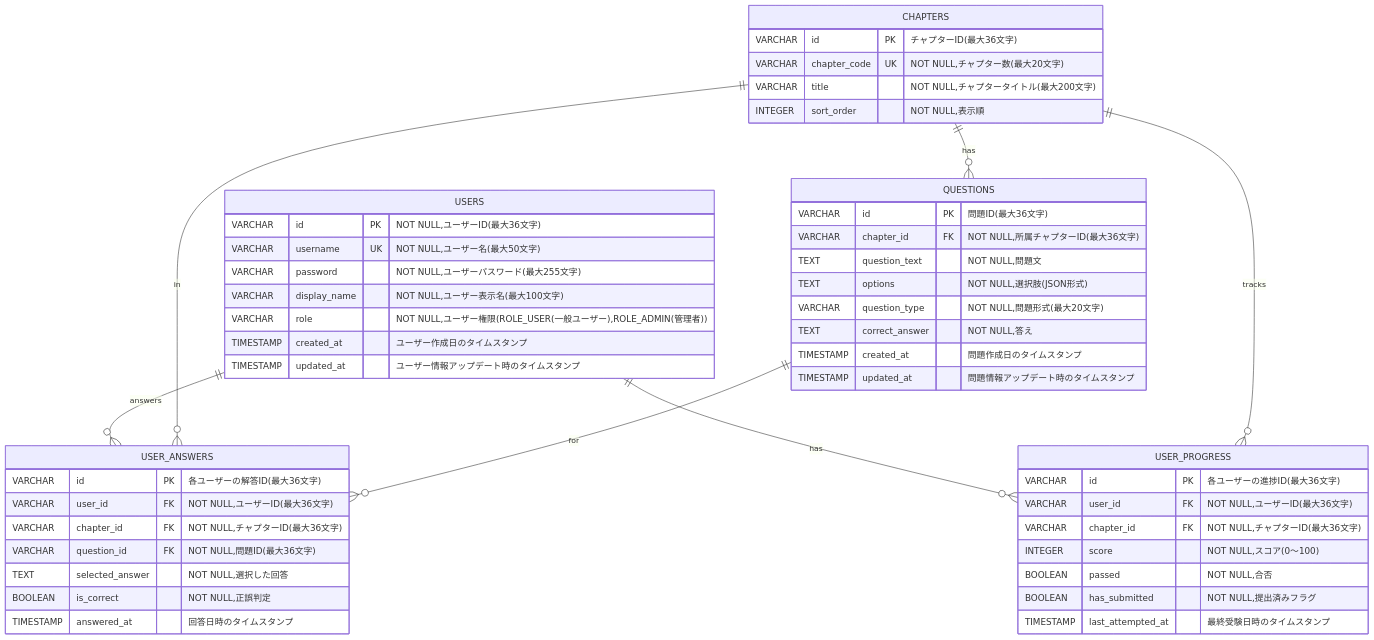
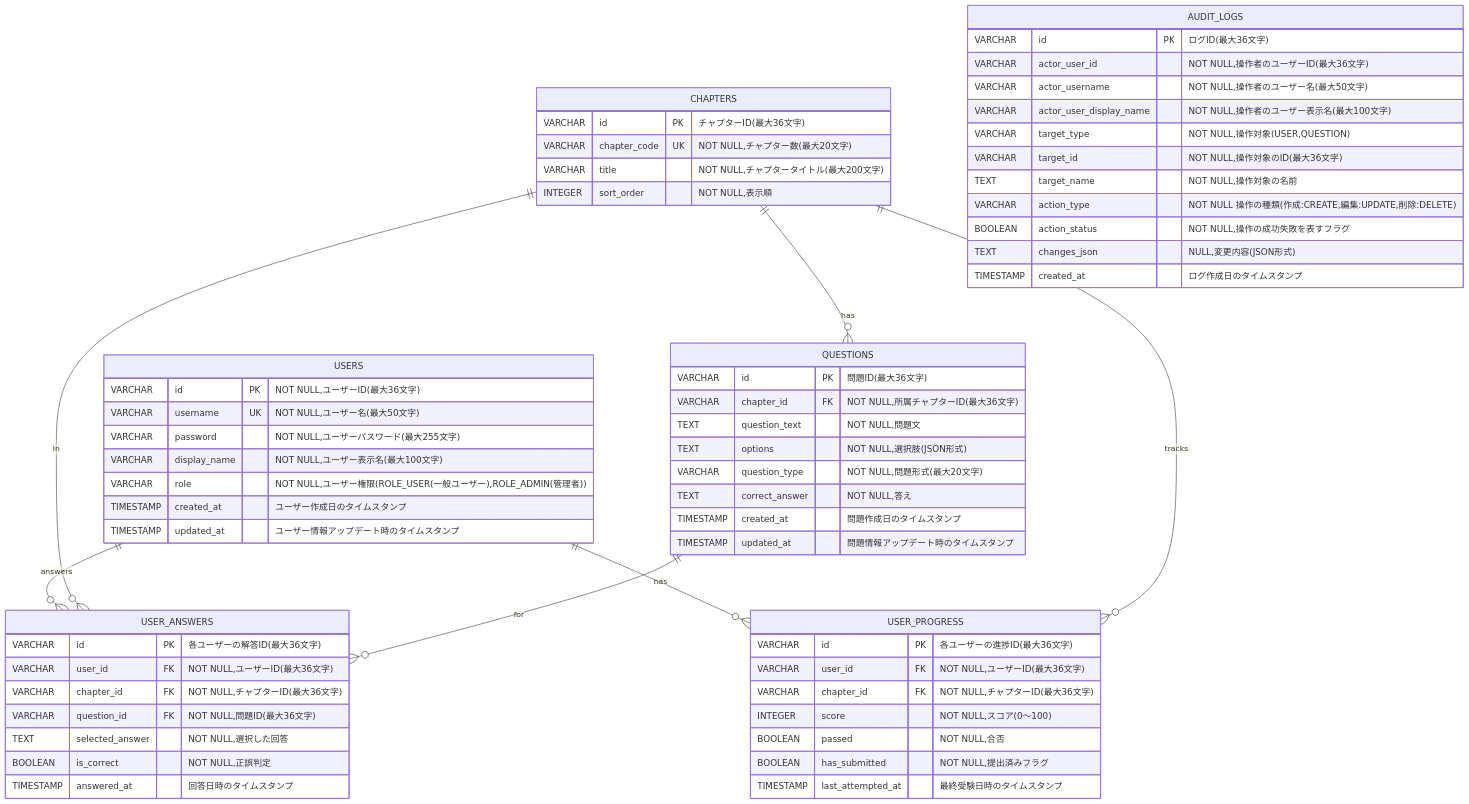
The diagram in docs/er-diagram.md (Java-exam-2026/team4-java-exam-v2), drawn with Mermaid before and after one commit. The commit also changed 2 other files, not shown here.

Commit message:
SQL,logのHTML,ER図の追加部分作成

````diff
--- a/docs/er-diagram.md
+++ b/docs/er-diagram.md
@@ -15,58 +15,72 @@
 ```mermaid
 erDiagram
     
     USERS {
         VARCHAR id PK "NOT NULL,ユーザーID(最大36文字)"
         VARCHAR username UK "NOT NULL,ユーザー名(最大50文字)" 
         VARCHAR password "NOT NULL,ユーザーパスワード(最大255文字)"
         VARCHAR display_name "NOT NULL,ユーザー表示名(最大100文字)"
         VARCHAR role "NOT NULL,ユーザー権限(ROLE_USER(一般ユーザー),ROLE_ADMIN(管理者))"
         TIMESTAMP created_at "ユーザー作成日のタイムスタンプ"
         TIMESTAMP updated_at "ユーザー情報アップデート時のタイムスタンプ"
     }
 
     CHAPTERS {
         VARCHAR id PK "チャプターID(最大36文字)"
         VARCHAR chapter_code UK "NOT NULL,チャプター数(最大20文字)"
         VARCHAR title "NOT NULL,チャプタータイトル(最大200文字)"
         INTEGER sort_order "NOT NULL,表示順"
     }
 
     QUESTIONS {
         VARCHAR id PK "問題ID(最大36文字)"
         VARCHAR chapter_id FK "NOT NULL,所属チャプターID(最大36文字)"
         TEXT question_text "NOT NULL,問題文"
         TEXT options "NOT NULL,選択肢(JSON形式)"
         VARCHAR question_type "NOT NULL,問題形式(最大20文字)"
         TEXT correct_answer "NOT NULL,答え"
         TIMESTAMP created_at "問題作成日のタイムスタンプ"
         TIMESTAMP updated_at "問題情報アップデート時のタイムスタンプ"
     }
 
     USER_PROGRESS {
         VARCHAR id PK "各ユーザーの進捗ID(最大36文字)"
         VARCHAR user_id FK "NOT NULL,ユーザーID(最大36文字)"
         VARCHAR chapter_id FK "NOT NULL,チャプターID(最大36文字)"
         INTEGER score "NOT NULL,スコア(0〜100)"
         BOOLEAN passed "NOT NULL,合否"
         BOOLEAN has_submitted "NOT NULL,提出済みフラグ"
         TIMESTAMP last_attempted_at "最終受験日時のタイムスタンプ"
     }
 
     USER_ANSWERS {
         VARCHAR id PK "各ユーザーの解答ID(最大36文字)"
         VARCHAR user_id FK "NOT NULL,ユーザーID(最大36文字)"
         VARCHAR chapter_id FK "NOT NULL,チャプターID(最大36文字)"
         VARCHAR question_id FK "NOT NULL,問題ID(最大36文字)"
         TEXT selected_answer "NOT NULL,選択した回答"
         BOOLEAN is_correct "NOT NULL,正誤判定"
         TIMESTAMP answered_at "回答日時のタイムスタンプ"
     }
 
+    AUDIT_LOGS {
+        VARCHAR id PK "ログID(最大36文字)"
+        VARCHAR actor_user_id  "NOT NULL,操作者のユーザーID(最大36文字)"
+        VARCHAR actor_username "NOT NULL,操作者のユーザー名(最大50文字)"
+        VARCHAR actor_user_display_name "NOT NULL,操作者のユーザー表示名(最大100文字)"
+        VARCHAR target_type "NOT NULL,操作対象(USER,QUESTION)"
+        VARCHAR target_id "NOT NULL,操作対象のID(最大36文字)"
+        TEXT target_name "NOT NULL,操作対象の名前" 
+        VARCHAR action_type "NOT NULL 操作の種類(作成:CREATE,編集:UPDATE,削除:DELETE)"
+        BOOLEAN action_status "NOT NULL,操作の成功失敗を表すフラグ"
+        TEXT changes_json "NULL,変更内容(JSON形式)"
+        TIMESTAMP created_at "ログ作成日のタイムスタンプ"
+    }
+
     CHAPTERS ||--o{ QUESTIONS : has
     USERS ||--o{ USER_PROGRESS : has
     CHAPTERS ||--o{ USER_PROGRESS : tracks
     USERS ||--o{ USER_ANSWERS : answers
     CHAPTERS ||--o{ USER_ANSWERS : in
     QUESTIONS ||--o{ USER_ANSWERS : for
 ```
````
